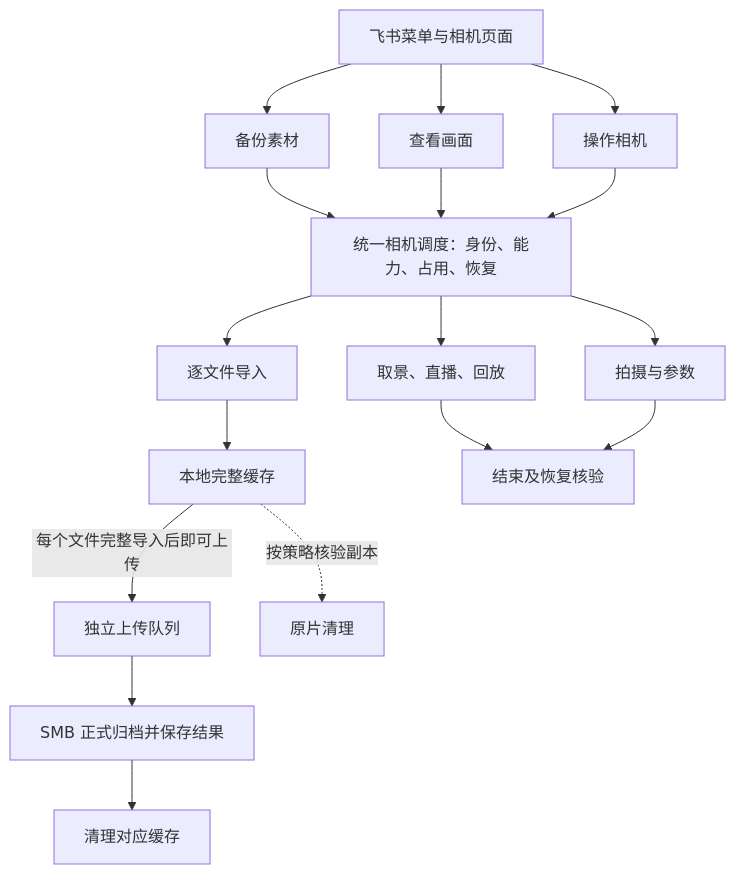
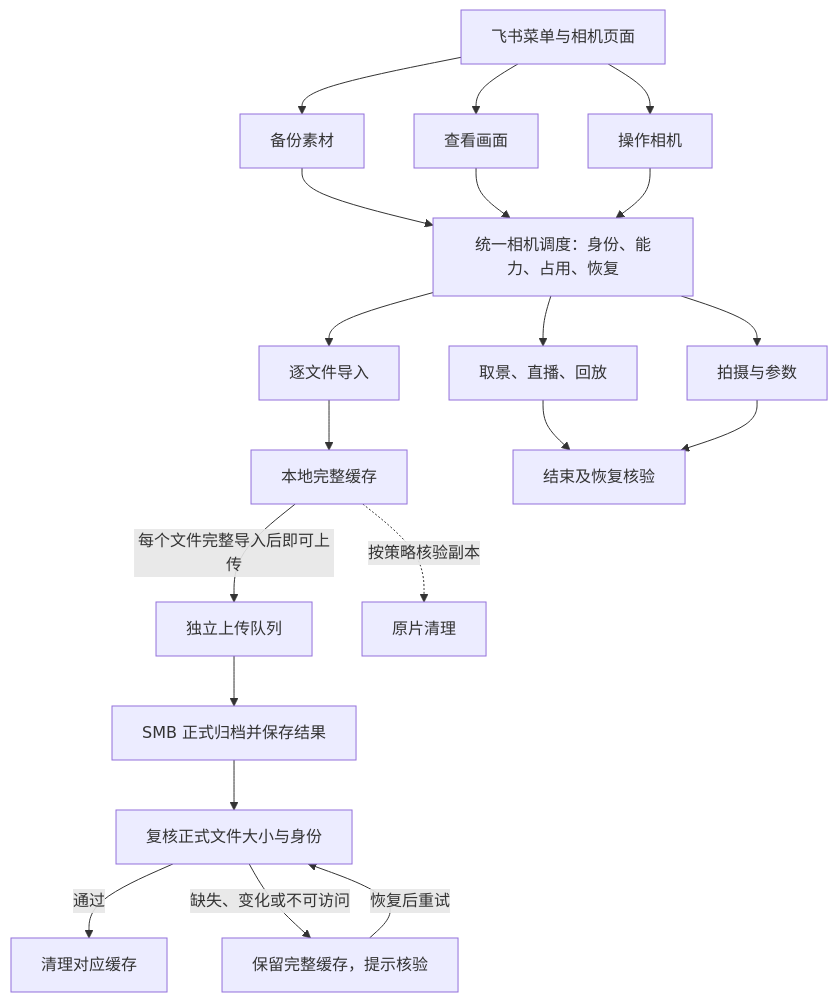
Before and after one commit to ShuaiZha/media-importer: the diagram in docs/workflows.md, drawn with Mermaid. The commit also changed other lines of this file and 36 other files, not shown here.

````diff
--- a/docs/workflows.md
+++ b/docs/workflows.md
@@ -17,19 +17,22 @@
 ```mermaid
 flowchart TB
     A[飞书菜单与相机页面] --> B[备份素材]
     A --> C[查看画面]
     A --> D[操作相机]
     B --> E[统一相机调度：身份、能力、占用、恢复]
     C --> E
     D --> E
     E --> F[逐文件导入]
     E --> G[取景、直播、回放]
     E --> H[拍摄与参数]
     F --> I[本地完整缓存]
     I -->|每个文件完整导入后即可上传| J[独立上传队列]
     J --> K[SMB 正式归档并保存结果]
-    K --> L[清理对应缓存]
+    K --> Q[复核正式文件大小与身份]
+    Q -->|通过| L[清理对应缓存]
+    Q -->|缺失、变化或不可访问| P[保留完整缓存，提示核验]
+    P -->|恢复后重试| Q
     I -.按策略核验副本.-> M[原片清理]
     G --> N[结束及恢复核验]
     H --> N
 ```
````
